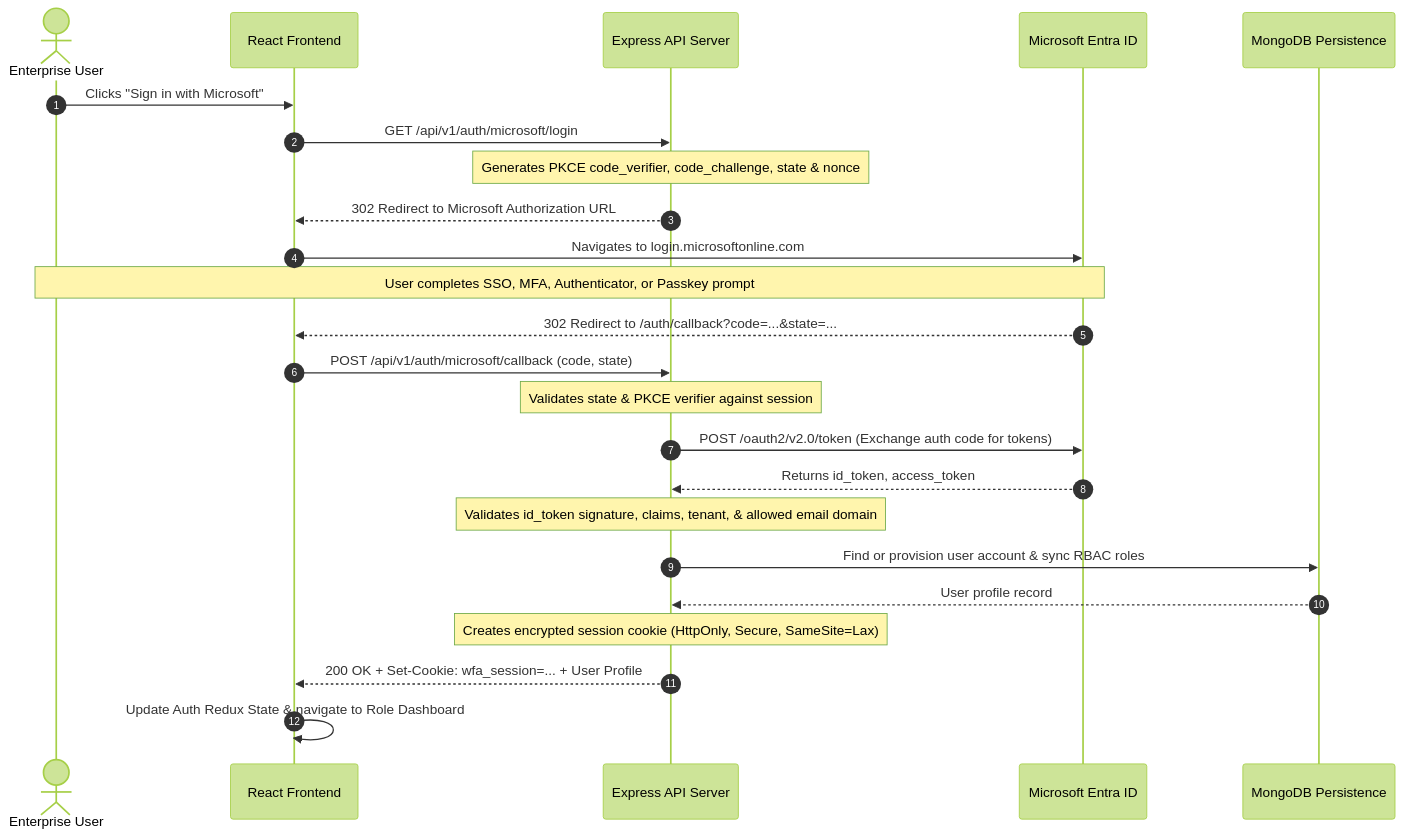
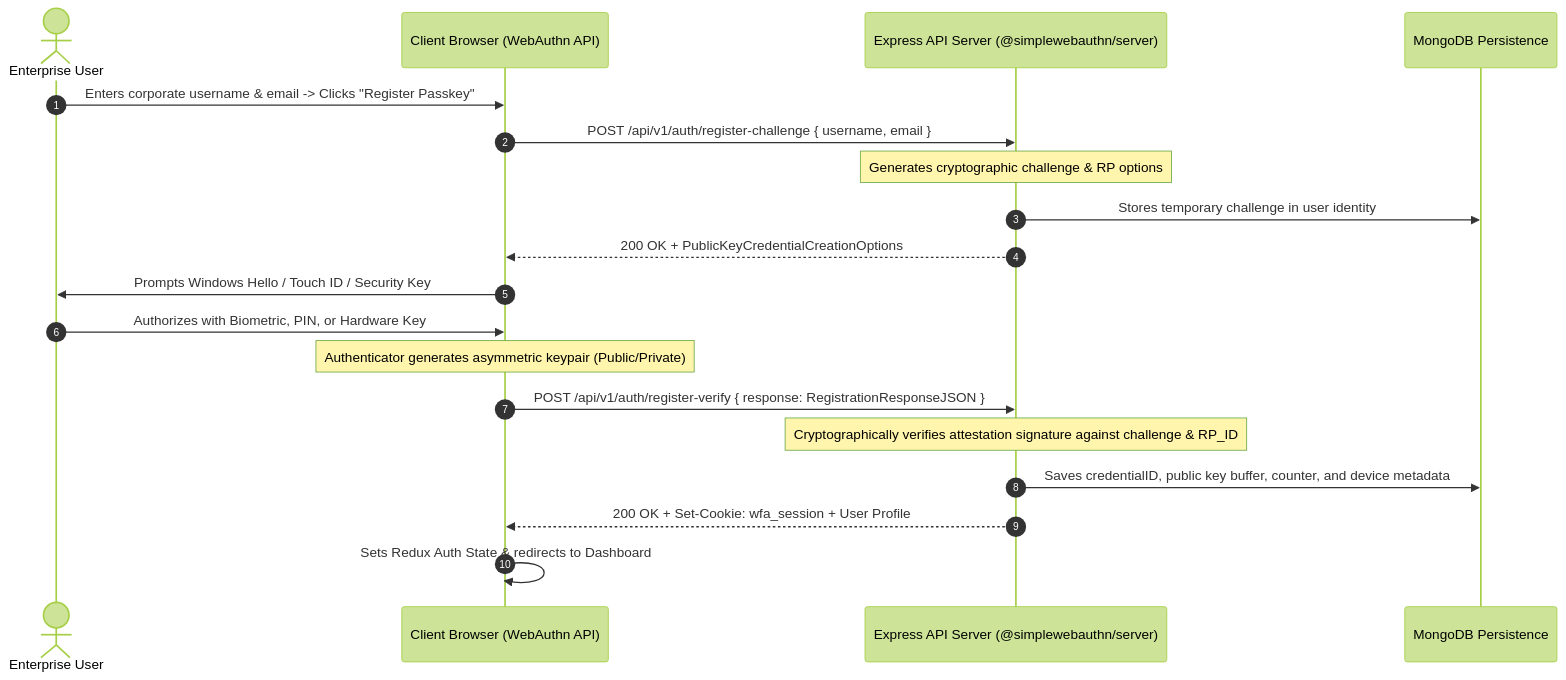
The first of 2 diagrams in docs/architecture/authentication-flow.md (sagarpattan11/WFA-MongoDB-Microsoft-Auth), drawn with Mermaid (forest theme) before and after one commit. The commit also changed other lines of this file and 54 other files, not shown here.

````diff
--- a/docs/architecture/authentication-flow.md
+++ b/docs/architecture/authentication-flow.md
@@ -17,27 +20,22 @@
 ```mermaid
 sequenceDiagram
     autonumber
     actor User as Enterprise User
-    participant Browser as React Frontend
-    participant Backend as Express API Server
-    participant Entra as Microsoft Entra ID
+    participant Browser as Client Browser (WebAuthn API)
+    participant Backend as Express API Server (@simplewebauthn/server)
     participant DB as MongoDB Persistence
 
-    User->>Browser: Clicks "Sign in with Microsoft"
-    Browser->>Backend: GET /api/v1/auth/microsoft/login
-    Note over Backend: Generates PKCE code_verifier, code_challenge, state & nonce
-    Backend-->>Browser: 302 Redirect to Microsoft Authorization URL
-    Browser->>Entra: Navigates to login.microsoftonline.com
-    Note over Entra,User: User completes SSO, MFA, Authenticator, or Passkey prompt
-    Entra-->>Browser: 302 Redirect to /auth/callback?code=...&state=...
-    Browser->>Backend: POST /api/v1/auth/microsoft/callback (code, state)
-    Note over Backend: Validates state & PKCE verifier against session
-    Backend->>Entra: POST /oauth2/v2.0/token (Exchange auth code for tokens)
-    Entra-->>Backend: Returns id_token, access_token
-    Note over Backend: Validates id_token signature, claims, tenant, & allowed email domain
-    Backend->>DB: Find or provision user account & sync RBAC roles
-    DB-->>Backend: User profile record
-    Note over Backend: Creates encrypted session cookie (HttpOnly, Secure, SameSite=Lax)
-    Backend-->>Browser: 200 OK + Set-Cookie: wfa_session=... + User Profile
-    Browser->>Browser: Update Auth Redux State & navigate to Role Dashboard
+    User->>Browser: Enters corporate username & email -> Clicks "Register Passkey"
+    Browser->>Backend: POST /api/v1/auth/register-challenge { username, email }
+    Note over Backend: Generates cryptographic challenge & RP options
+    Backend->>DB: Stores temporary challenge in user identity
+    Backend-->>Browser: 200 OK + PublicKeyCredentialCreationOptions
+    Browser->>User: Prompts Windows Hello / Touch ID / Security Key
+    User->>Browser: Authorizes with Biometric, PIN, or Hardware Key
+    Note over Browser: Authenticator generates asymmetric keypair (Public/Private)
+    Browser->>Backend: POST /api/v1/auth/register-verify { response: RegistrationResponseJSON }
+    Note over Backend: Cryptographically verifies attestation signature against challenge & RP_ID
+    Backend->>DB: Saves credentialID, public key buffer, counter, and device metadata
+    Backend-->>Browser: 200 OK + Set-Cookie: wfa_session + User Profile
+    Browser->>Browser: Sets Redux Auth State & redirects to Dashboard
 ```
````
